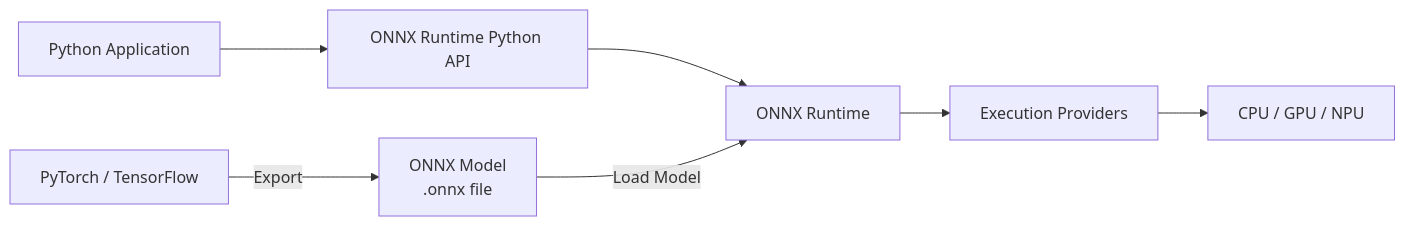
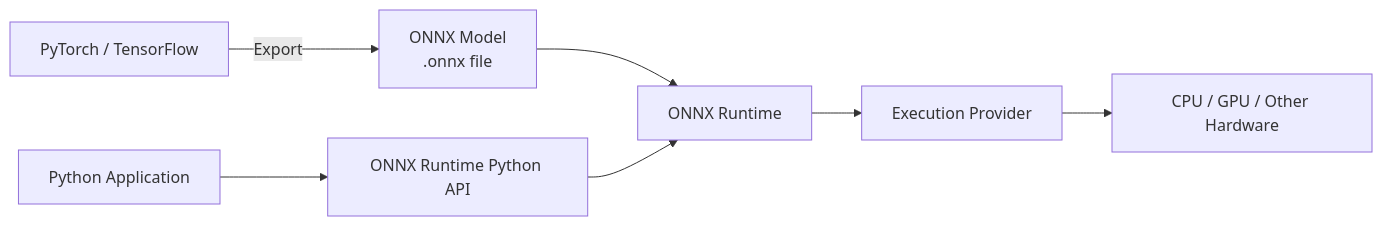
Before and after one commit to Emily-doc94/doc-engineering-demo: the first of 2 diagrams in docs/overview/onnx-runtime-overview.md, drawn with Mermaid. The commit also changed other lines of this file and 4 other files, not shown here.

````diff
--- a/docs/overview/onnx-runtime-overview.md
+++ b/docs/overview/onnx-runtime-overview.md
@@ -24,9 +31,14 @@
 ```mermaid
 flowchart LR
-    A[PyTorch / TensorFlow] -->|Export| B[ONNX Model<br/>.onnx file]
-    C[Python Application] --> D[ONNX Runtime Python API]
-    D --> E[ONNX Runtime]
-    B -->|Load Model| E
-    E --> F[Execution Providers]
-    F --> G[CPU / GPU / NPU]
+    A[PyTorch / TensorFlow]
+    -->|Export| B[ONNX Model<br/>.onnx file]
+
+    B --> C[ONNX Runtime]
+
+    D[Python Application]
+    --> E[ONNX Runtime Python API]
+    --> C
+
+    C --> F[Execution Provider]
+    --> G[CPU / GPU / Other Hardware]
 ```
````
